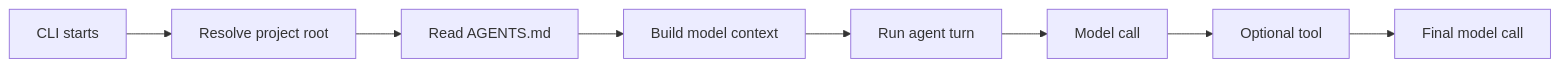
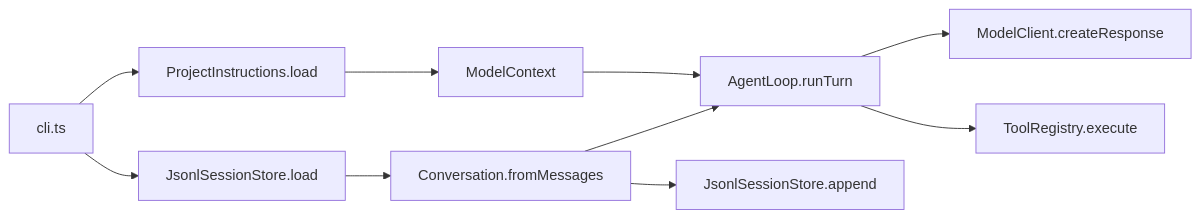
The diagram in docs/book/09-load-project-instructions.md (tykowale/ty-term), drawn with Mermaid before and after one commit. The commit also changed other lines of this file and 10 other files, not shown here.

````diff
--- a/docs/book/09-load-project-instructions.md
+++ b/docs/book/09-load-project-instructions.md
@@ -25,10 +62,12 @@
 ```mermaid
 flowchart LR
-  CLI[CLI starts] --> Root[Resolve project root]
-  Root --> Agents[Read AGENTS.md]
-  Agents --> Context[Build model context]
-  Context --> Turn[Run agent turn]
-  Turn --> Model1[Model call]
-  Model1 --> Tool[Optional tool]
-  Tool --> Model2[Final model call]
+  CLI[cli.ts] --> Project[ProjectInstructions.load]
+  Project --> Context[ModelContext]
+  CLI --> Store[JsonlSessionStore.load]
+  Store --> Conversation[Conversation.fromMessages]
+  Context --> Loop[AgentLoop.runTurn]
+  Conversation --> Loop
+  Loop --> Model[ModelClient.createResponse]
+  Loop --> Tools[ToolRegistry.execute]
+  Conversation --> Append[JsonlSessionStore.append]
 ```
````
